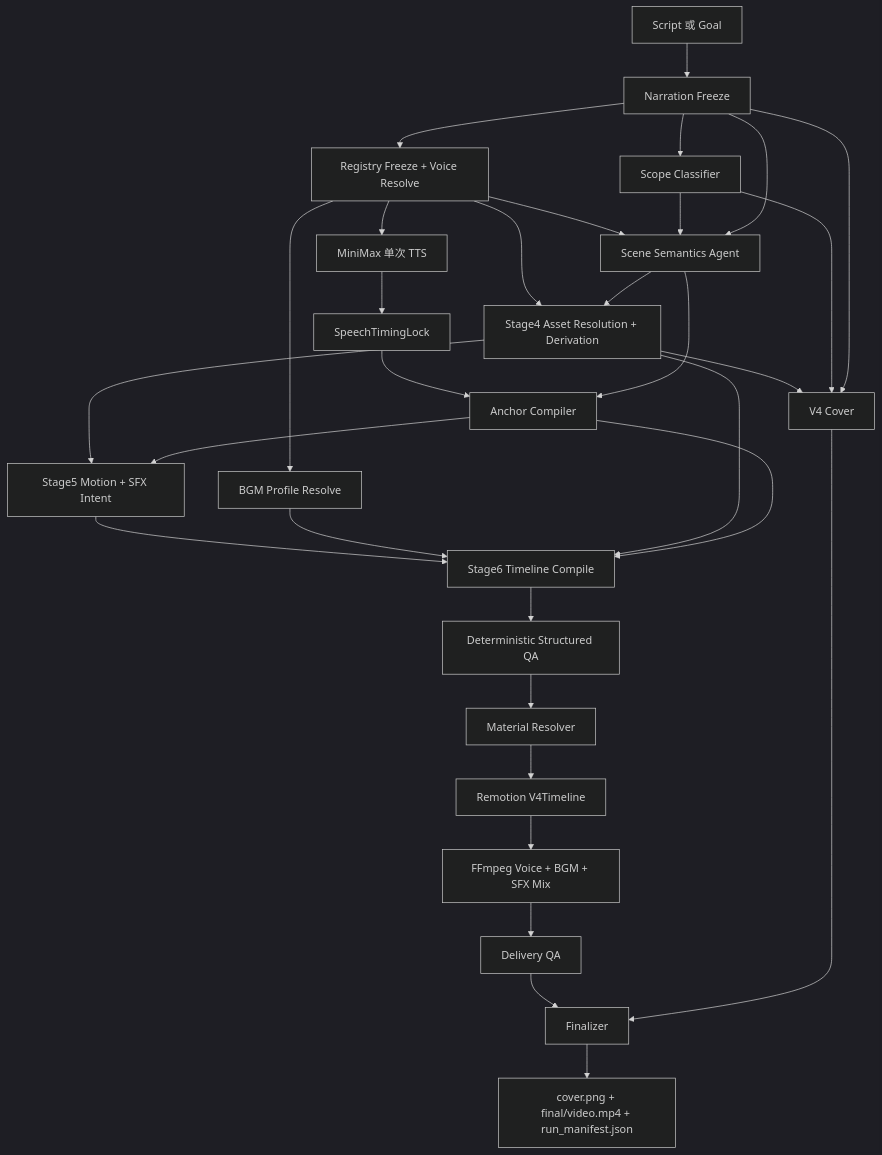
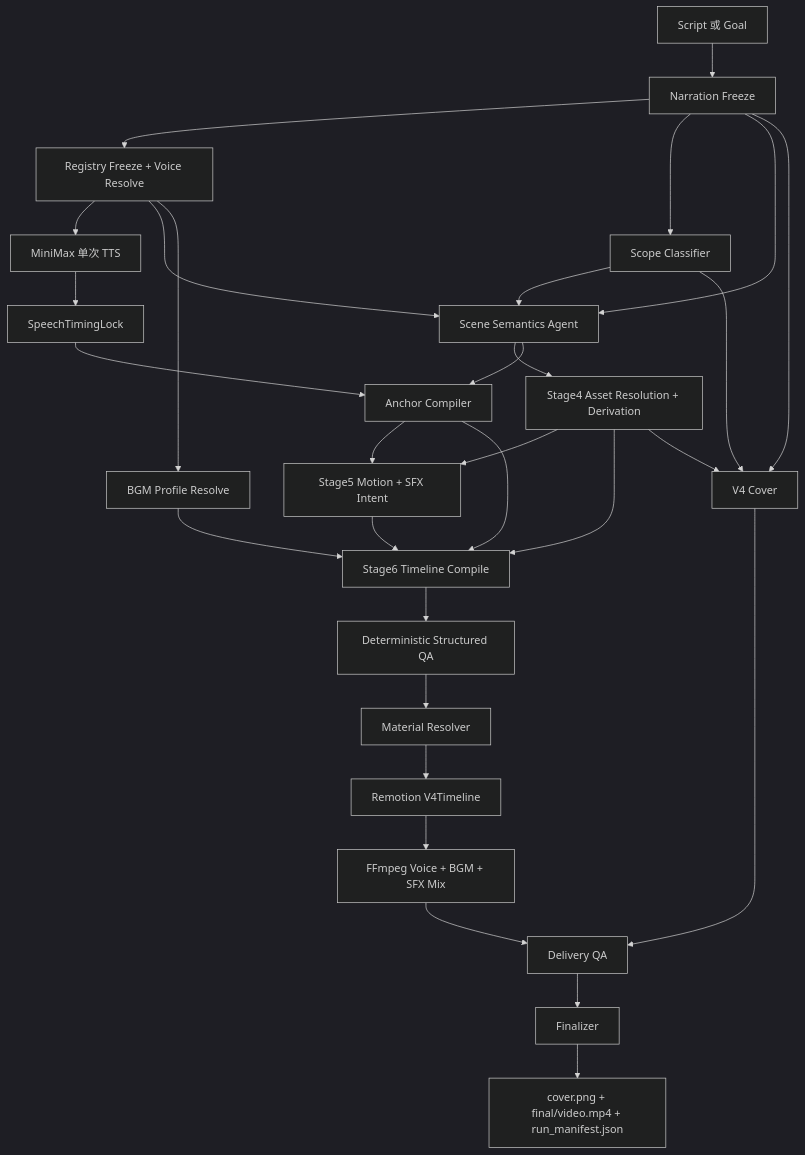
Before and after one commit to 60ke/video-agent: the diagram in docs/video_agent_v4_stage7_production_cutover_and_acceptance_design_20260720.md, drawn with Mermaid (dark theme). The commit also changed other lines of this file and 12 other files, not shown here.

````diff
--- a/docs/video_agent_v4_stage7_production_cutover_and_acceptance_design_20260720.md
+++ b/docs/video_agent_v4_stage7_production_cutover_and_acceptance_design_20260720.md
@@ -194,33 +194,32 @@
 ```mermaid
 flowchart TD
     IN["Script 或 Goal"] --> N["Narration Freeze"]
     N --> REG["Registry Freeze + Voice Resolve"]
     N --> SCOPE["Scope Classifier"]
     REG --> TTS["MiniMax 单次 TTS"]
     REG --> SCENE["Scene Semantics Agent"]
-    REG --> ASSET["Stage4 Asset Resolution + Derivation"]
     REG --> BGM["BGM Profile Resolve"]
     TTS --> STL["SpeechTimingLock"]
     SCOPE --> SCENE
     N --> SCENE
     SCENE --> ASSET["Stage4 Asset Resolution + Derivation"]
     STL --> ANCHOR["Anchor Compiler"]
     SCENE --> ANCHOR
     ASSET --> MOTION["Stage5 Motion + SFX Intent"]
     ANCHOR --> MOTION
     MOTION --> COMPILE["Stage6 Timeline Compile"]
     BGM --> COMPILE
     ASSET --> COMPILE
     ANCHOR --> COMPILE
     COMPILE --> QA["Deterministic Structured QA"]
     QA --> MAT["Material Resolver"]
     MAT --> REM["Remotion V4Timeline"]
     REM --> MIX["FFmpeg Voice + BGM + SFX Mix"]
     ASSET --> COVER["V4 Cover"]
     SCOPE --> COVER
     N --> COVER
     MIX --> DQA["Delivery QA"]
+    COVER --> DQA
     DQA --> FINAL["Finalizer"]
-    COVER --> FINAL
     FINAL --> OUT["cover.png + final/video.mp4 + run_manifest.json"]
 ```
````
